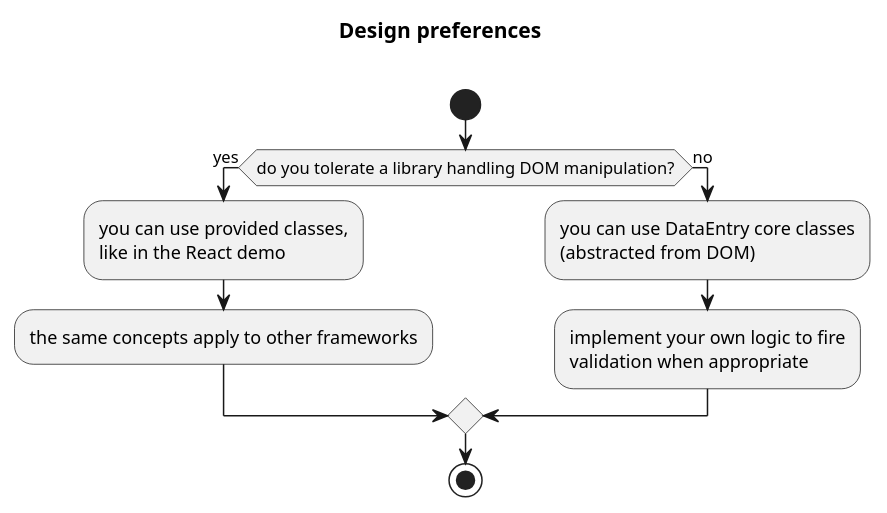
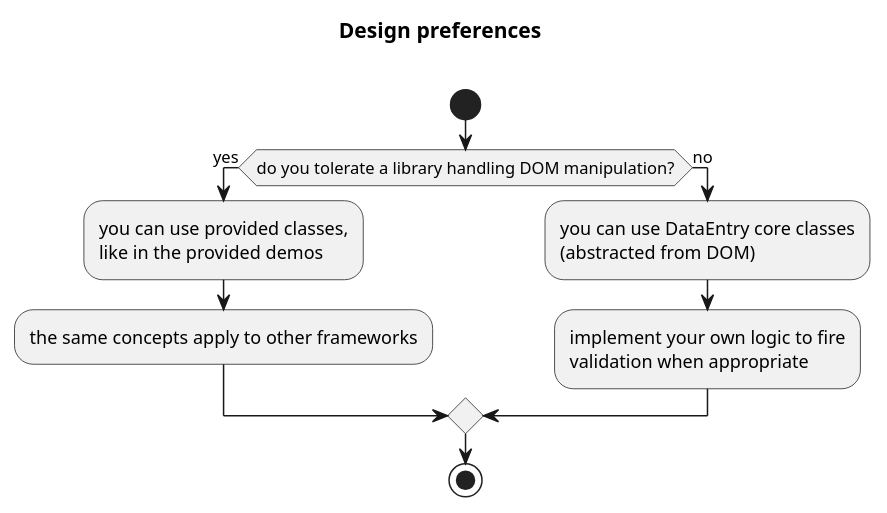
One commit to RobertoPrevato/DataEntry changed the diagram in docs/framework-preference.wsd. Above: the diagram before and after it, drawn with PlantUML. The commit also changed 1 other file, not shown here.

Commit message:
updates design preferences diagram

```diff
--- a/docs/framework-preference.wsd
+++ b/docs/framework-preference.wsd
@@ -1,15 +1,15 @@
 @startuml
 
 start
 title Design preferences\n
 
 if (do you tolerate a library handling DOM manipulation?) then (yes)
-  :you can use provided classes,\nlike in the React demo;
+  :you can use provided classes,\nlike in the provided demos;
   :the same concepts apply to other frameworks;
 else (no)
   :you can use DataEntry core classes\n(abstracted from DOM);
   :implement your own logic to fire\nvalidation when appropriate;
 endif
 stop
 
 @enduml
```
